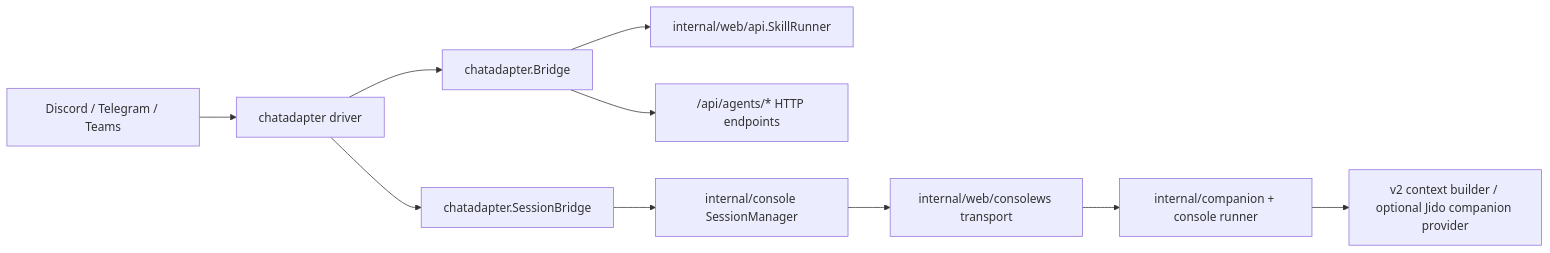
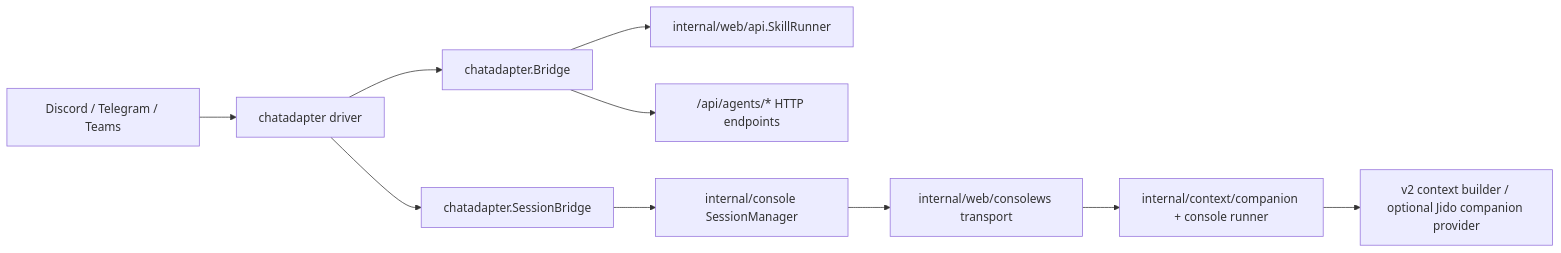
The diagram in docs/architecture/chat-platform-adapter.md (joshka0/foxctl), drawn with Mermaid before and after one commit. The commit also changed 108 other files, not shown here.

Commit message:
Move companion under context grouping

````diff
--- a/docs/architecture/chat-platform-adapter.md
+++ b/docs/architecture/chat-platform-adapter.md
@@ -24,12 +24,12 @@
 ```mermaid
 flowchart LR
     Platform["Discord / Telegram / Teams"] --> Driver["chatadapter driver"]
     Driver --> Bridge["chatadapter.Bridge"]
     Driver --> SessionBridge["chatadapter.SessionBridge"]
     Bridge --> SkillRunner["internal/web/api.SkillRunner"]
     Bridge --> AgentsAPI["/api/agents/* HTTP endpoints"]
     SessionBridge --> ConsoleSessions["internal/console SessionManager"]
     ConsoleSessions --> ConsoleTransport["internal/web/consolews transport"]
-    ConsoleTransport --> Companion["internal/companion + console runner"]
+    ConsoleTransport --> Companion["internal/context/companion + console runner"]
     Companion --> Context["v2 context builder / optional Jido companion provider"]
 ```
````
